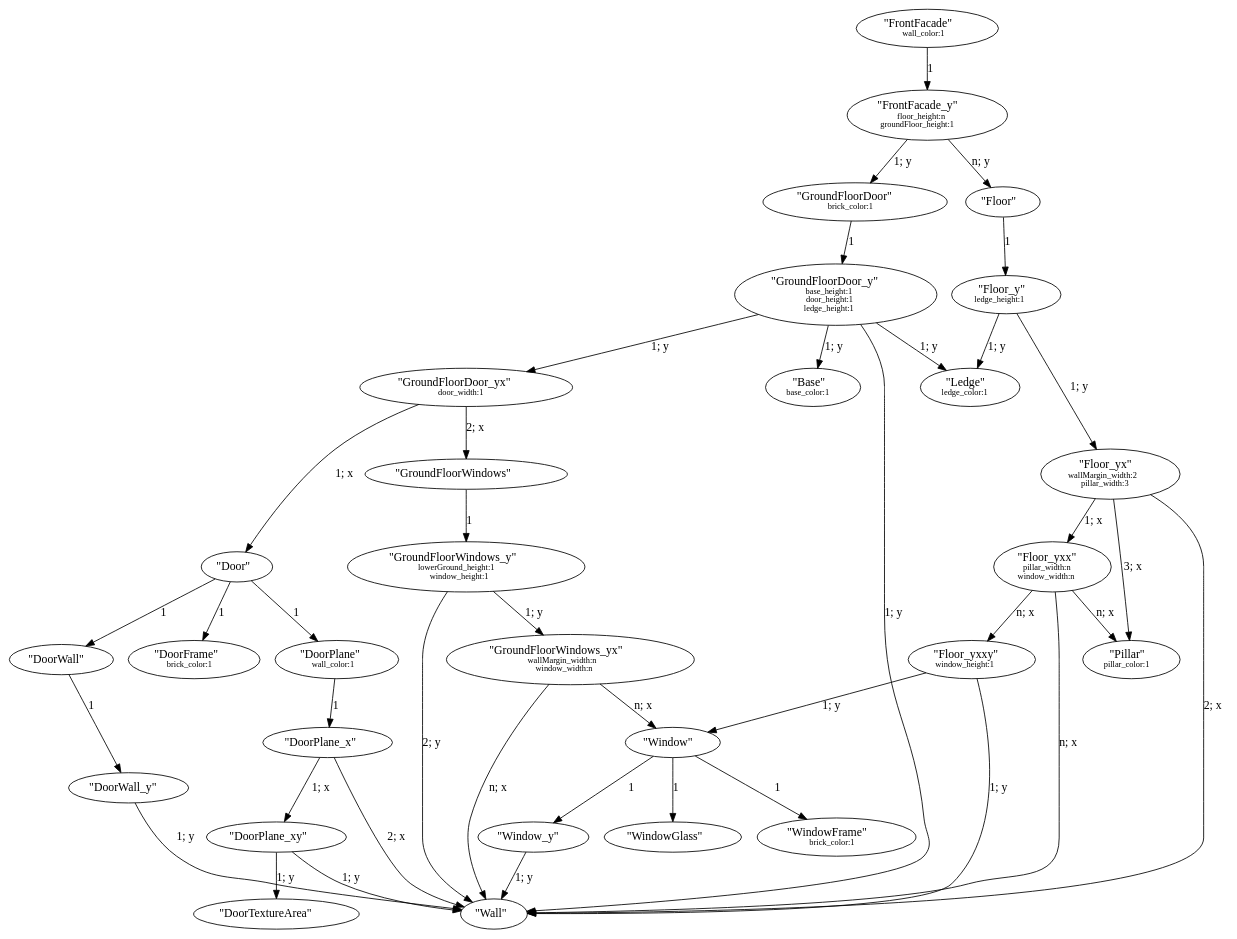
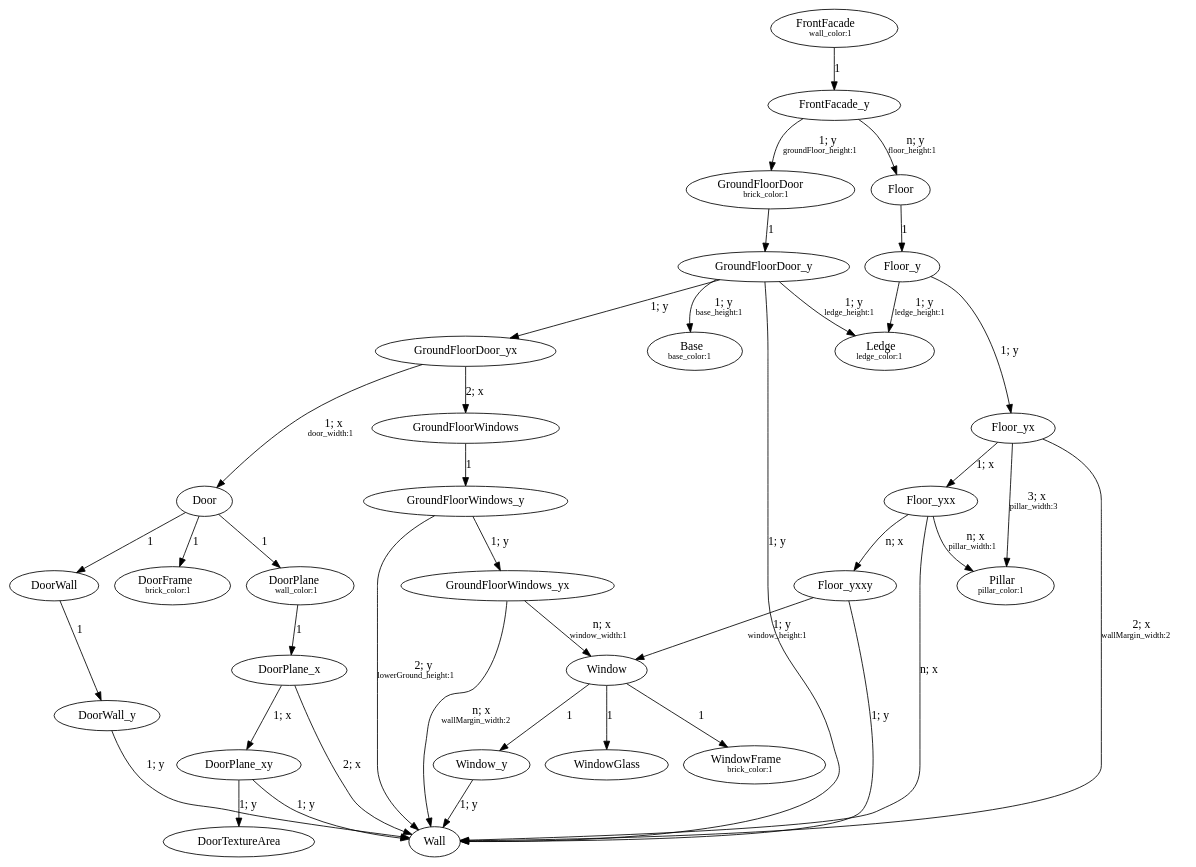
One commit to gaspardzoss/cga-parser changed the diagram in gv/example.gv. Above: the diagram before and after it, drawn with Graphviz. The commit also changed 2 other files, not shown here.

```diff
--- a/gv/example.gv
+++ b/gv/example.gv
@@ -1,95 +1,71 @@
 digraph {
     DoorWall_y -> Wall[label=<1; y>]
-    GroundFloorWindows_y -> Wall[label=<2; y>]
+    GroundFloorWindows_y -> Wall[label=<2; y<BR /><FONT POINT-SIZE="10">lowerGround_height:1</FONT>>]
     GroundFloorWindows_y -> GroundFloorWindows_yx[label=<1; y>]
     GroundFloorWindows -> GroundFloorWindows_y[label=<1>]
     Floor -> Floor_y[label=<1>]
-    FrontFacade_y -> GroundFloorDoor[label=<1; y>]
-    FrontFacade_y -> Floor[label=<n; y>]
+    FrontFacade_y -> GroundFloorDoor[label=<1; y<BR /><FONT POINT-SIZE="10">groundFloor_height:1</FONT>>]
+    FrontFacade_y -> Floor[label=<n; y<BR /><FONT POINT-SIZE="10">floor_height:1</FONT>>]
     Window_y -> Wall[label=<1; y>]
     DoorPlane -> DoorPlane_x[label=<1>]
     Door -> DoorWall[label=<1>]
     Door -> DoorFrame[label=<1>]
     Door -> DoorPlane[label=<1>]
     FrontFacade -> FrontFacade_y[label=<1>]
-    Floor_y -> Ledge[label=<1; y>]
+    Floor_y -> Ledge[label=<1; y<BR /><FONT POINT-SIZE="10">ledge_height:1</FONT>>]
     Floor_y -> Floor_yx[label=<1; y>]
     GroundFloorDoor -> GroundFloorDoor_y[label=<1>]
     Floor_yxx -> Wall[label=<n; x>]
-    Floor_yxx -> Pillar[label=<n; x>]
+    Floor_yxx -> Pillar[label=<n; x<BR /><FONT POINT-SIZE="10">pillar_width:1</FONT>>]
     Floor_yxx -> Floor_yxxy[label=<n; x>]
-    GroundFloorDoor_yx -> Door[label=<1; x>]
+    GroundFloorDoor_yx -> Door[label=<1; x<BR /><FONT POINT-SIZE="10">door_width:1</FONT>>]
     GroundFloorDoor_yx -> GroundFloorWindows[label=<2; x>]
     DoorWall -> DoorWall_y[label=<1>]
-    GroundFloorWindows_yx -> Wall[label=<n; x>]
-    GroundFloorWindows_yx -> Window[label=<n; x>]
+    GroundFloorWindows_yx -> Wall[label=<n; x<BR /><FONT POINT-SIZE="10">wallMargin_width:2</FONT>>]
+    GroundFloorWindows_yx -> Window[label=<n; x<BR /><FONT POINT-SIZE="10">window_width:1</FONT>>]
     DoorPlane_x -> Wall[label=<2; x>]
     DoorPlane_x -> DoorPlane_xy[label=<1; x>]
     Floor_yxxy -> Wall[label=<1; y>]
-    Floor_yxxy -> Window[label=<1; y>]
-    Floor_yx -> Wall[label=<2; x>]
-    Floor_yx -> Pillar[label=<3; x>]
+    Floor_yxxy -> Window[label=<1; y<BR /><FONT POINT-SIZE="10">window_height:1</FONT>>]
+    Floor_yx -> Wall[label=<2; x<BR /><FONT POINT-SIZE="10">wallMargin_width:2</FONT>>]
+    Floor_yx -> Pillar[label=<3; x<BR /><FONT POINT-SIZE="10">pillar_width:3</FONT>>]
     Floor_yx -> Floor_yxx[label=<1; x>]
     GroundFloorDoor_y -> Wall[label=<1; y>]
     GroundFloorDoor_y -> GroundFloorDoor_yx[label=<1; y>]
-    GroundFloorDoor_y -> Base[label=<1; y>]
-    GroundFloorDoor_y -> Ledge[label=<1; y>]
+    GroundFloorDoor_y -> Base[label=<1; y<BR /><FONT POINT-SIZE="10">base_height:1</FONT>>]
+    GroundFloorDoor_y -> Ledge[label=<1; y<BR /><FONT POINT-SIZE="10">ledge_height:1</FONT>>]
     Window -> WindowFrame[label=<1>]
     Window -> Window_y[label=<1>]
     Window -> WindowGlass[label=<1>]
     DoorPlane_xy -> Wall[label=<1; y>]
     DoorPlane_xy -> DoorTextureArea[label=<1; y>]
-    DoorWall_y [label=<"DoorWall_y">]
-    GroundFloorWindows_y [label=<"GroundFloorWindows_y"
-<BR /><FONT POINT-SIZE="10">lowerGround_height:1</FONT>
-<BR /><FONT POINT-SIZE="10">window_height:1</FONT>>]
-    GroundFloorWindows [label=<"GroundFloorWindows">]
-    Floor [label=<"Floor">]
-    FrontFacade_y [label=<"FrontFacade_y"
-<BR /><FONT POINT-SIZE="10">floor_height:n</FONT>
-<BR /><FONT POINT-SIZE="10">groundFloor_height:1</FONT>>]
-    Ledge [label=<"Ledge"
-<BR /><FONT POINT-SIZE="10">ledge_color:1</FONT>>]
-    Window_y [label=<"Window_y">]
-    DoorPlane [label=<"DoorPlane"
-<BR /><FONT POINT-SIZE="10">wall_color:1</FONT>>]
-    Door [label=<"Door">]
-    Base [label=<"Base"
-<BR /><FONT POINT-SIZE="10">base_color:1</FONT>>]
-    FrontFacade [label=<"FrontFacade"
-<BR /><FONT POINT-SIZE="10">wall_color:1</FONT>>]
-    Floor_y [label=<"Floor_y"
-<BR /><FONT POINT-SIZE="10">ledge_height:1</FONT>>]
-    GroundFloorDoor [label=<"GroundFloorDoor"
-<BR /><FONT POINT-SIZE="10">brick_color:1</FONT>>]
-    Floor_yxx [label=<"Floor_yxx"
-<BR /><FONT POINT-SIZE="10">pillar_width:n</FONT>
-<BR /><FONT POINT-SIZE="10">window_width:n</FONT>>]
-    GroundFloorDoor_yx [label=<"GroundFloorDoor_yx"
-<BR /><FONT POINT-SIZE="10">door_width:1</FONT>>]
-    DoorWall [label=<"DoorWall">]
-    DoorFrame [label=<"DoorFrame"
-<BR /><FONT POINT-SIZE="10">brick_color:1</FONT>>]
-    Pillar [label=<"Pillar"
-<BR /><FONT POINT-SIZE="10">pillar_color:1</FONT>>]
-    WindowGlass [label=<"WindowGlass">]
-    WindowFrame [label=<"WindowFrame"
-<BR /><FONT POINT-SIZE="10">brick_color:1</FONT>>]
-    GroundFloorWindows_yx [label=<"GroundFloorWindows_yx"
-<BR /><FONT POINT-SIZE="10">wallMargin_width:n</FONT>
-<BR /><FONT POINT-SIZE="10">window_width:n</FONT>>]
-    DoorPlane_x [label=<"DoorPlane_x">]
-    Floor_yxxy [label=<"Floor_yxxy"
-<BR /><FONT POINT-SIZE="10">window_height:1</FONT>>]
-    Floor_yx [label=<"Floor_yx"
-<BR /><FONT POINT-SIZE="10">wallMargin_width:2</FONT>
-<BR /><FONT POINT-SIZE="10">pillar_width:3</FONT>>]
-    GroundFloorDoor_y [label=<"GroundFloorDoor_y"
-<BR /><FONT POINT-SIZE="10">base_height:1</FONT>
-<BR /><FONT POINT-SIZE="10">door_height:1</FONT>
-<BR /><FONT POINT-SIZE="10">ledge_height:1</FONT>>]
-    Window [label=<"Window">]
-    Wall [label=<"Wall">]
-    DoorPlane_xy [label=<"DoorPlane_xy">]
-    DoorTextureArea [label=<"DoorTextureArea">]
+    DoorWall_y [label=<DoorWall_y>]
+    GroundFloorWindows_y [label=<GroundFloorWindows_y>]
+    GroundFloorWindows [label=<GroundFloorWindows>]
+    Floor [label=<Floor>]
+    FrontFacade_y [label=<FrontFacade_y>]
+    Ledge [label=<Ledge<BR /><FONT POINT-SIZE="10">ledge_color:1</FONT>>]
+    Window_y [label=<Window_y>]
+    DoorPlane [label=<DoorPlane<BR /><FONT POINT-SIZE="10">wall_color:1</FONT>>]
+    Door [label=<Door>]
+    Base [label=<Base<BR /><FONT POINT-SIZE="10">base_color:1</FONT>>]
+    FrontFacade [label=<FrontFacade<BR /><FONT POINT-SIZE="10">wall_color:1</FONT>>]
+    Floor_y [label=<Floor_y>]
+    GroundFloorDoor [label=<GroundFloorDoor<BR /><FONT POINT-SIZE="10">brick_color:1</FONT>>]
+    Floor_yxx [label=<Floor_yxx>]
+    GroundFloorDoor_yx [label=<GroundFloorDoor_yx>]
+    DoorWall [label=<DoorWall>]
+    DoorFrame [label=<DoorFrame<BR /><FONT POINT-SIZE="10">brick_color:1</FONT>>]
+    Pillar [label=<Pillar<BR /><FONT POINT-SIZE="10">pillar_color:1</FONT>>]
+    WindowGlass [label=<WindowGlass>]
+    WindowFrame [label=<WindowFrame<BR /><FONT POINT-SIZE="10">brick_color:1</FONT>>]
+    GroundFloorWindows_yx [label=<GroundFloorWindows_yx>]
+    DoorPlane_x [label=<DoorPlane_x>]
+    Floor_yxxy [label=<Floor_yxxy>]
+    Floor_yx [label=<Floor_yx>]
+    GroundFloorDoor_y [label=<GroundFloorDoor_y>]
+    Window [label=<Window>]
+    Wall [label=<Wall>]
+    DoorPlane_xy [label=<DoorPlane_xy>]
+    DoorTextureArea [label=<DoorTextureArea>]
 }
```
